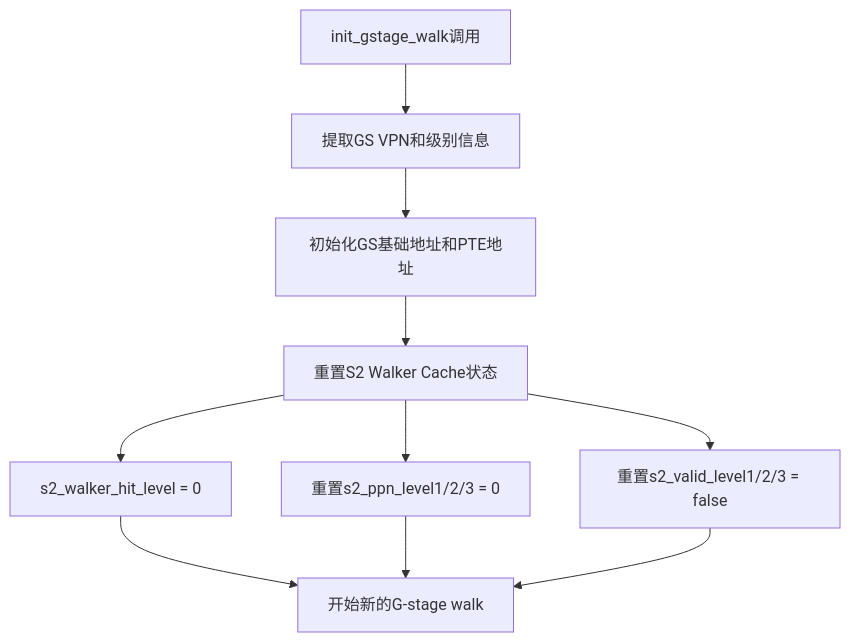
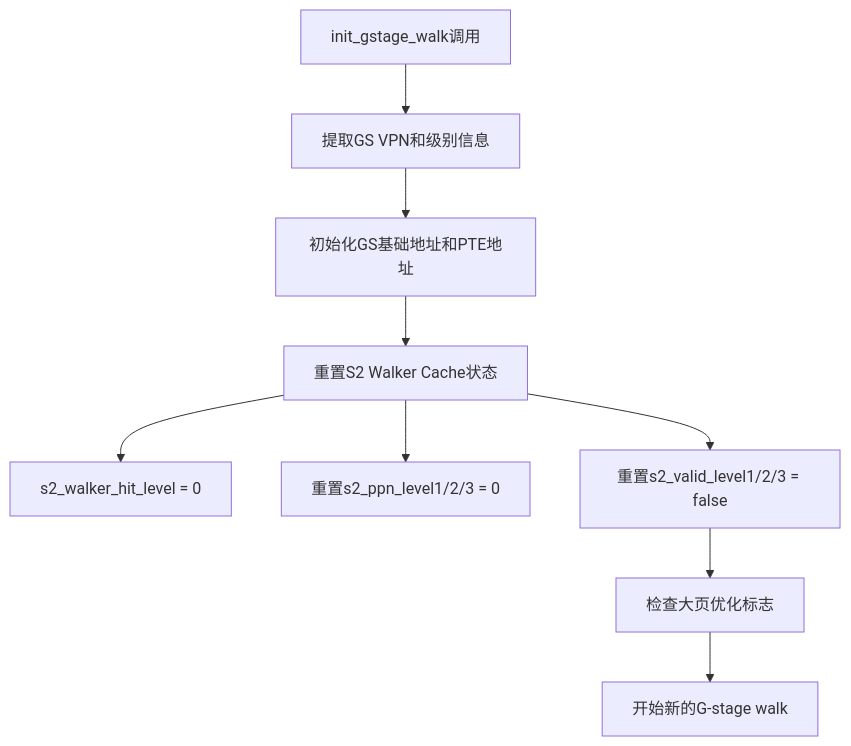
Before and after one commit to jiangjiang1122/iommu_model_20260401_v1: the fourth of 7 diagrams in .qoder/repowiki/zh/content/核心架构/顶层模块设计.md, drawn with Mermaid. The commit also changed other lines of this file and 186 other files, not shown here.

````diff
--- a/.qoder/repowiki/zh/content/核心架构/顶层模块设计.md
+++ b/.qoder/repowiki/zh/content/核心架构/顶层模块设计.md
@@ -302,12 +314,11 @@
 ```mermaid
 flowchart TD
 A[init_gstage_walk调用] --> B[提取GS VPN和级别信息]
 B --> C[初始化GS基础地址和PTE地址]
 C --> D[重置S2 Walker Cache状态]
 D --> E[s2_walker_hit_level = 0]
 D --> F[重置s2_ppn_level1/2/3 = 0]
 D --> G[重置s2_valid_level1/2/3 = false]
-E --> H[开始新的G-stage walk]
-F --> H
-G --> H
+G --> H[检查大页优化标志]
+H --> I[开始新的G-stage walk]
 ```
````
